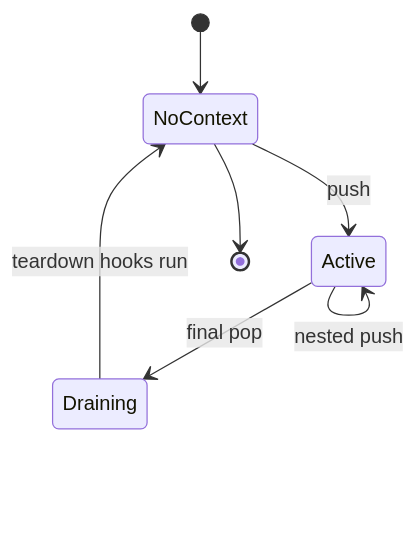
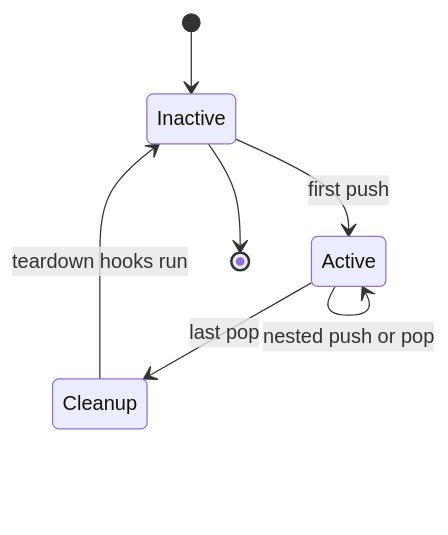
Before and after one commit to KeunwooPark/cluedoc: the third of 3 diagrams in docs/examples/flask/.cluedoc/the-context-system/README.md, drawn with Mermaid. The commit also changed other lines of this file and 22 other files, not shown here.

````diff
--- a/docs/examples/flask/.cluedoc/the-context-system/README.md
+++ b/docs/examples/flask/.cluedoc/the-context-system/README.md
@@ -68,9 +91,9 @@
 ```mermaid
 stateDiagram-v2
-    [*] --> NoContext
-    NoContext --> Active: push
-    Active --> Active: nested push
-    Active --> Draining: final pop
-    Draining --> NoContext: teardown hooks run
-    NoContext --> [*]
+    [*] --> Inactive
+    Inactive --> Active: first push
+    Active --> Active: nested push or pop
+    Active --> Cleanup: last pop
+    Cleanup --> Inactive: teardown hooks run
+    Inactive --> [*]
 ```
````
